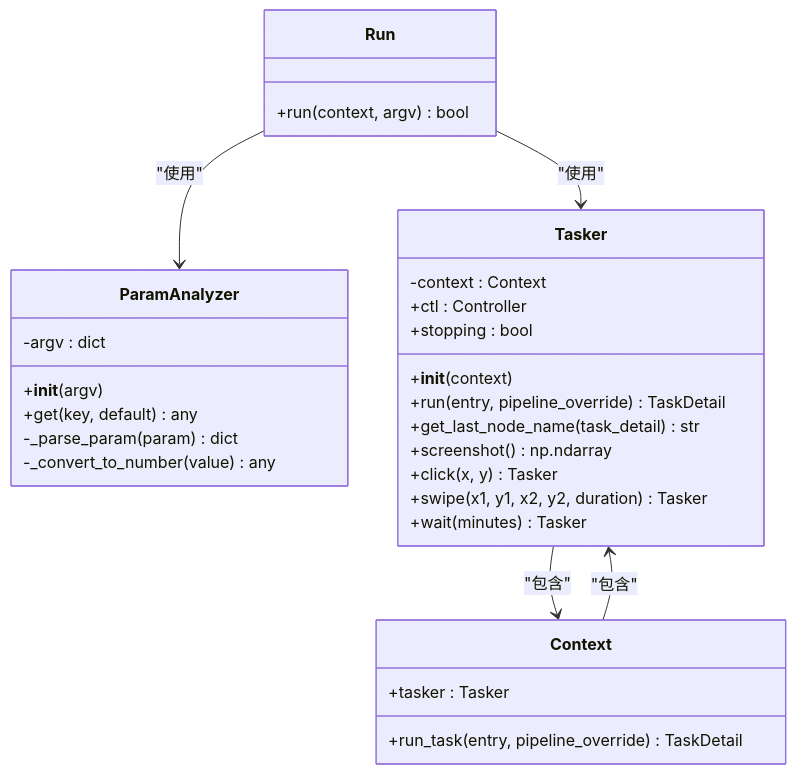
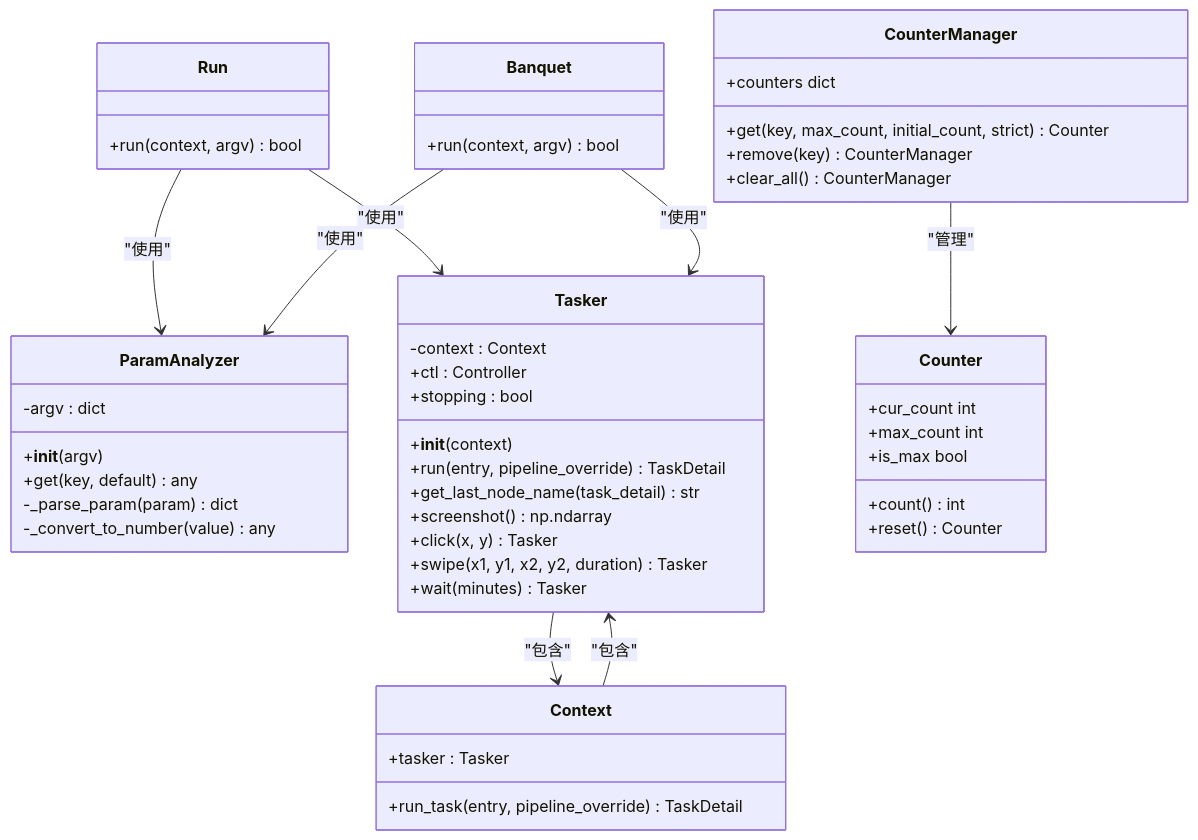
One commit to kqcoxn/MaaDuDuL changed the seventh of 7 diagrams in .qoder/repowiki/zh/content/系统架构与设计/任务流水线架构/流水线执行引擎机制/自定义Run动作实现.md. Above: the diagram before and after it, drawn with Mermaid. The commit also changed other lines of this file and 12 other files, not shown here.

````diff
--- a/.qoder/repowiki/zh/content/系统架构与设计/任务流水线架构/流水线执行引擎机制/自定义Run动作实现.md
+++ b/.qoder/repowiki/zh/content/系统架构与设计/任务流水线架构/流水线执行引擎机制/自定义Run动作实现.md
@@ -121,33 +324,52 @@
 ```mermaid
 classDiagram
 class Run {
 +run(context, argv) bool
 }
 class ParamAnalyzer {
 -argv : dict
 +__init__(argv)
 +get(key, default) any
 -_parse_param(param) dict
 -_convert_to_number(value) any
 }
 class Tasker {
 -context : Context
 +__init__(context)
 +run(entry, pipeline_override) TaskDetail
 +get_last_node_name(task_detail) str
 +ctl : Controller
 +stopping : bool
 +screenshot() np.ndarray
 +click(x, y) Tasker
 +swipe(x1, y1, x2, y2, duration) Tasker
 +wait(minutes) Tasker
 }
 class Context {
 +tasker : Tasker
 +run_task(entry, pipeline_override) TaskDetail
 }
+class Banquet {
++run(context, argv) bool
+}
+class Counter {
++count() int
++cur_count int
++max_count int
++is_max bool
++reset() Counter
+}
+class CounterManager {
++counters dict
++get(key, max_count, initial_count, strict) Counter
++remove(key) CounterManager
++clear_all() CounterManager
+}
 Run --> ParamAnalyzer : "使用"
 Run --> Tasker : "使用"
 Tasker --> Context : "包含"
 Context --> Tasker : "包含"
+Banquet --> ParamAnalyzer : "使用"
+Banquet --> Tasker : "使用"
+CounterManager --> Counter : "管理"
 ```
````
